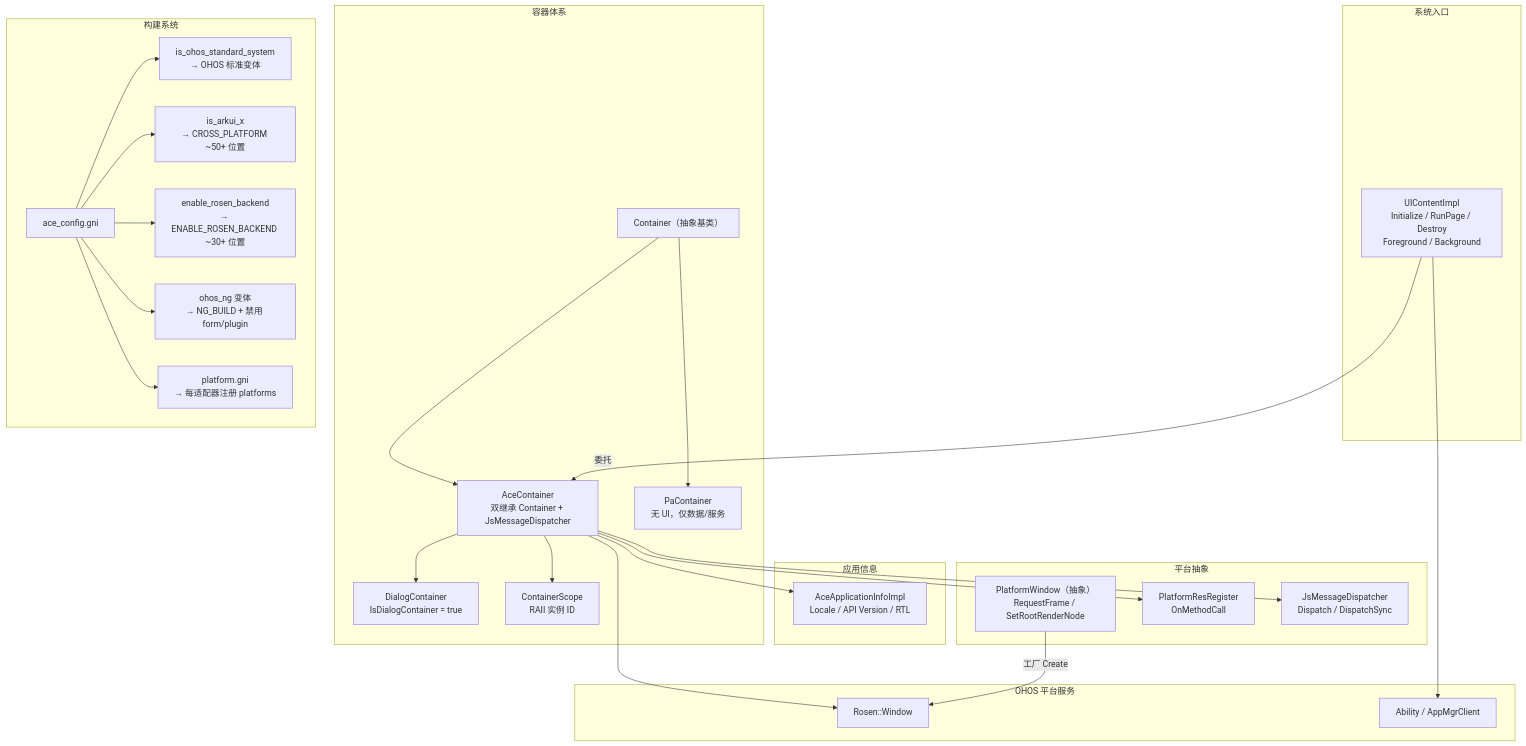
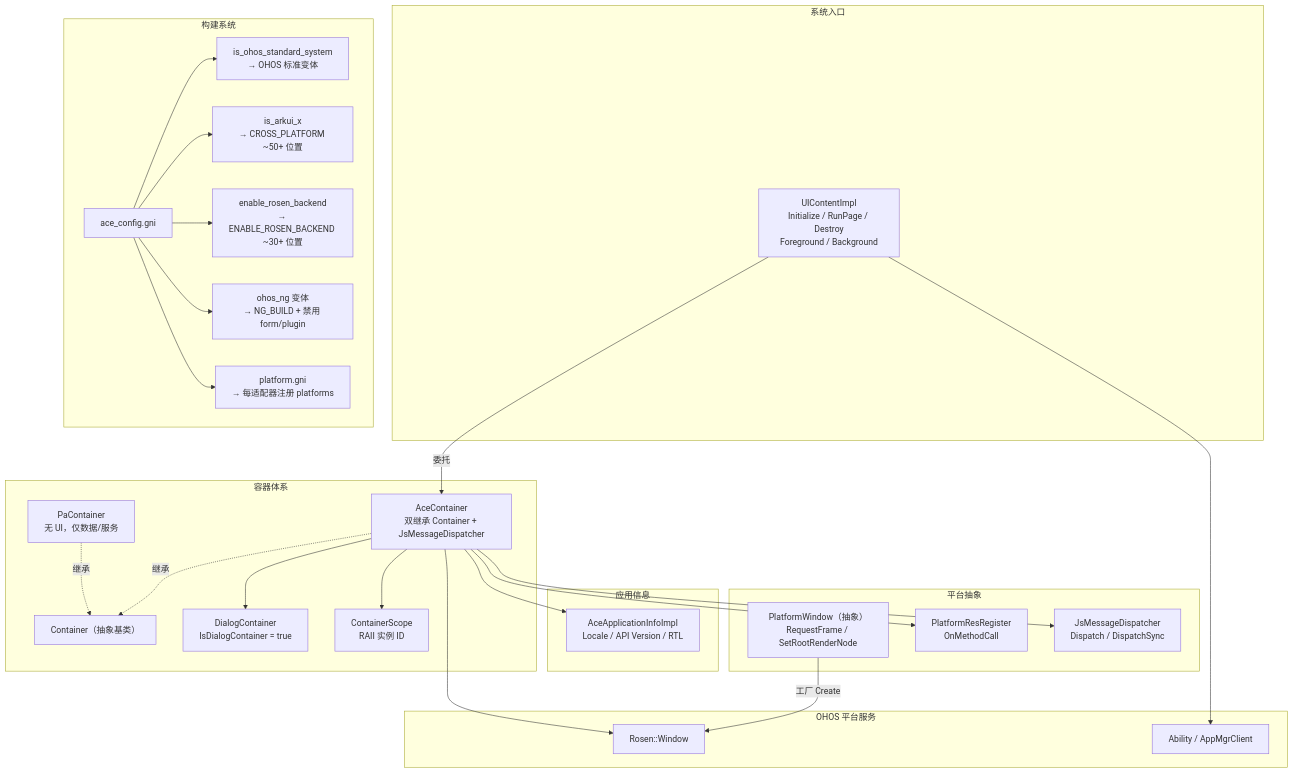
Before and after one commit to cleeshark/arkui_specs: the second of 2 diagrams in 02-cross-platform/01-platform-adapter/01-oh-platform-adapter/design.md, drawn with Mermaid. The commit also changed other lines of this file and 12 other files, not shown here.

````diff
--- a/02-cross-platform/01-platform-adapter/01-oh-platform-adapter/design.md
+++ b/02-cross-platform/01-platform-adapter/01-oh-platform-adapter/design.md
@@ -506,58 +161,58 @@
 ```mermaid
 graph TB
     subgraph Entry["系统入口"]
         UCI["UIContentImpl<br/>Initialize / RunPage / Destroy<br/>Foreground / Background"]
     end
 
     subgraph Container["容器体系"]
         CO["Container（抽象基类）"]
         AC["AceContainer<br/>双继承 Container + JsMessageDispatcher"]
         DC["DialogContainer<br/>IsDialogContainer = true"]
         PA["PaContainer<br/>无 UI，仅数据/服务"]
         CS["ContainerScope<br/>RAII 实例 ID"]
     end
 
     subgraph AppInfo["应用信息"]
         AAI["AceApplicationInfoImpl<br/>Locale / API Version / RTL"]
     end
 
     subgraph Platform["平台抽象"]
         PW["PlatformWindow（抽象）<br/>RequestFrame / SetRootRenderNode"]
         PRR["PlatformResRegister<br/>OnMethodCall"]
         JMD["JsMessageDispatcher<br/>Dispatch / DispatchSync"]
     end
 
     subgraph Build["构建系统"]
         GNI["ace_config.gni"]
         MAC1["is_ohos_standard_system<br/>→ OHOS 标准变体"]
         MAC2["is_arkui_x<br/>→ CROSS_PLATFORM ~50+ 位置"]
         MAC3["enable_rosen_backend<br/>→ ENABLE_ROSEN_BACKEND ~30+ 位置"]
         MAC4["ohos_ng 变体<br/>→ NG_BUILD + 禁用 form/plugin"]
         MAC5["platform.gni<br/>→ 每适配器注册 platforms"]
     end
 
     subgraph OHOS["OHOS 平台服务"]
         RSW["Rosen::Window"]
         ABM["Ability / AppMgrClient"]
     end
 
     UCI -->|"委托"| AC
-    CO --> AC
+    AC -.->|"继承"| CO
     AC --> DC
-    CO --> PA
+    PA -.->|"继承"| CO
     AC --> CS
     AC --> AAI
 
     PW -->|"工厂 Create"| RSW
     AC --> JMD
     AC --> PRR
 
     GNI --> MAC1
     GNI --> MAC2
     GNI --> MAC3
     GNI --> MAC4
     GNI --> MAC5
 
     AC --> RSW
     UCI --> ABM
 ```
````
